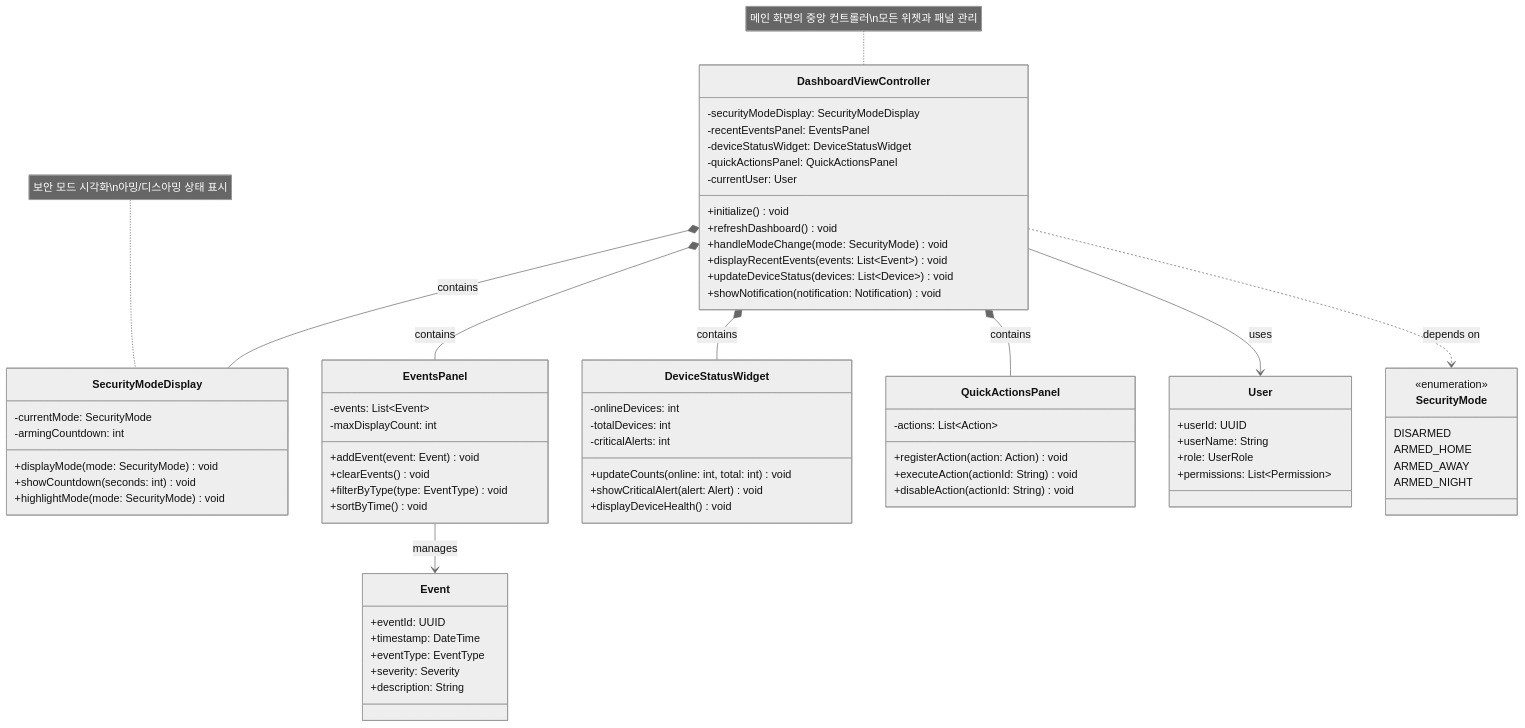
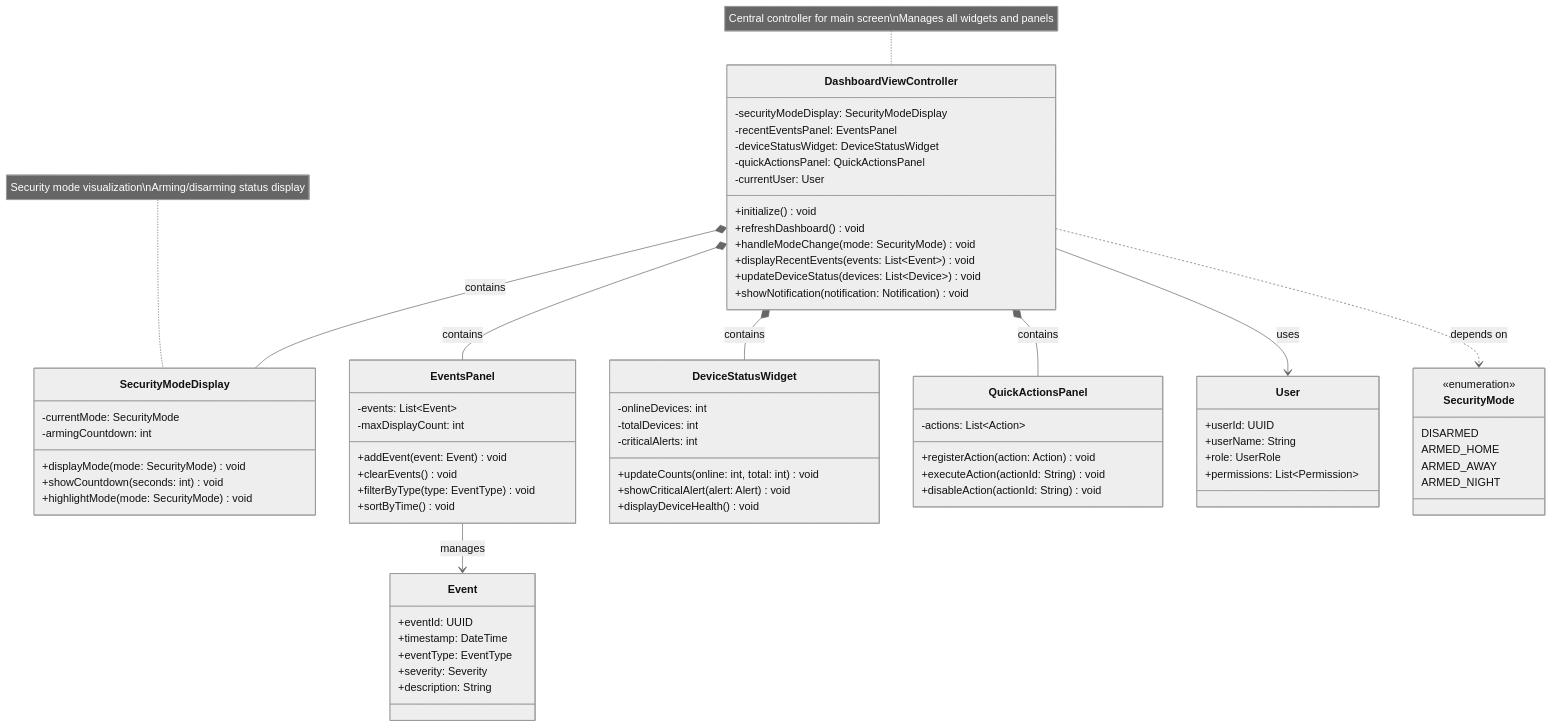
Before and after one commit to mj010101/swe_25f: the second of 12 diagrams in diagrams/presentation_class_diagram.md, drawn with Mermaid (neutral theme). The commit also changed other lines of this file, not shown here.

Commit message:
refine presentation class diagram

````diff
--- a/diagrams/presentation_class_diagram.md
+++ b/diagrams/presentation_class_diagram.md
@@ -233,6 +233,6 @@
     DashboardViewController ..> SecurityMode : depends on
     EventsPanel --> Event : manages
 
-    note for DashboardViewController "메인 화면의 중앙 컨트롤러\n모든 위젯과 패널 관리"
-    note for SecurityModeDisplay "보안 모드 시각화\n아밍/디스아밍 상태 표시"
+    note for DashboardViewController "Central controller for main screen\nManages all widgets and panels"
+    note for SecurityModeDisplay "Security mode visualization\nArming/disarming status display"
 ```
````
